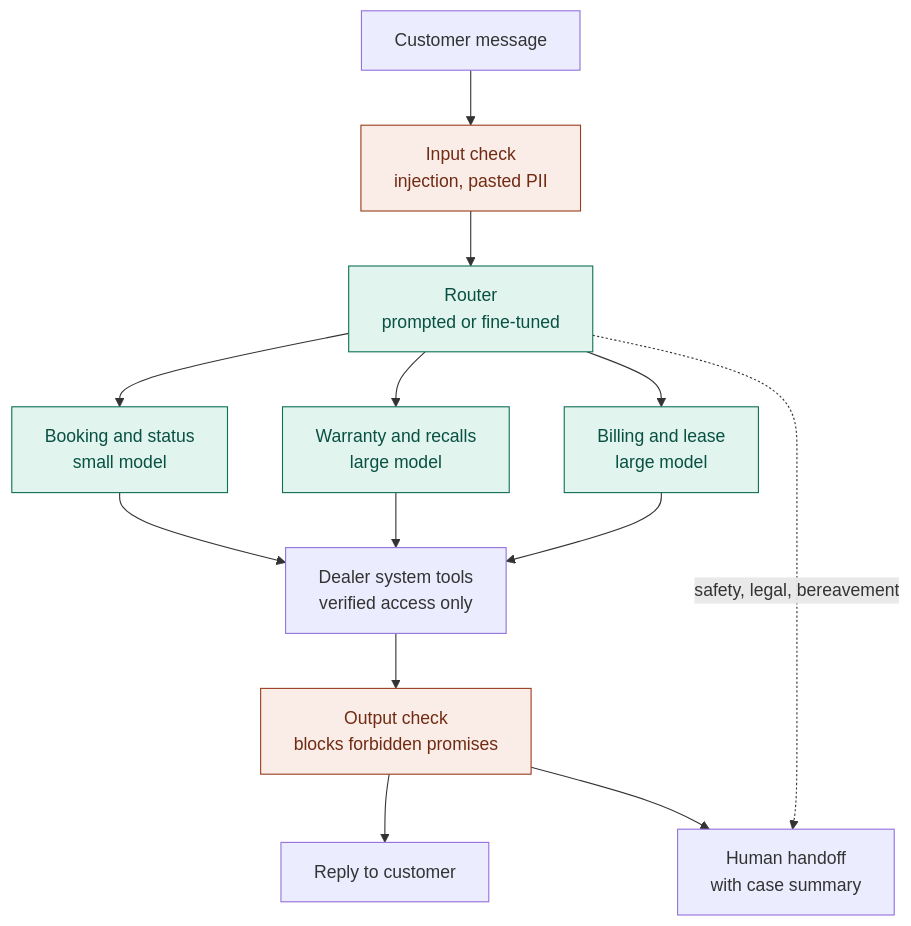
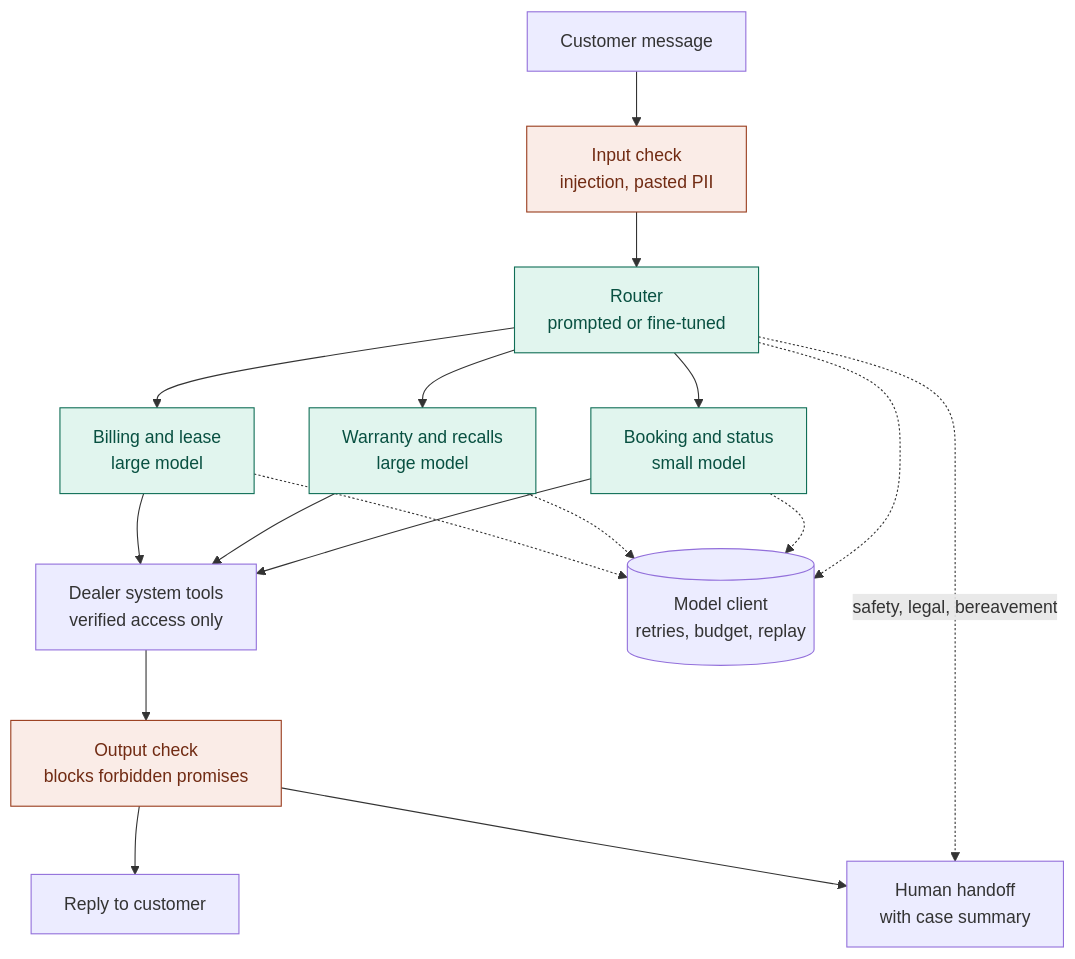
Before and after one commit to Salikawtar/northstar-agent: the diagram in docs/architecture.md, drawn with Mermaid. The commit also changed other lines of this file and 9 other files, not shown here.

````diff
--- a/docs/architecture.md
+++ b/docs/architecture.md
@@ -28,20 +28,25 @@
 ```mermaid
 flowchart TD
     A[Customer message] --> B[Input check<br/>injection, pasted PII]
     B --> C[Router<br/>prompted or fine-tuned]
     C --> D1[Booking and status<br/>small model]
     C --> D2[Warranty and recalls<br/>large model]
     C --> D3[Billing and lease<br/>large model]
     C -. safety, legal, bereavement .-> H
     D1 --> T[Dealer system tools<br/>verified access only]
     D2 --> T
     D3 --> T
     T --> E[Output check<br/>blocks forbidden promises]
     E --> R[Reply to customer]
     E --> H[Human handoff<br/>with case summary]
+    M[(Model client<br/>retries, budget, replay)]
+    C -.-> M
+    D1 -.-> M
+    D2 -.-> M
+    D3 -.-> M
 
     classDef safety fill:#FAECE7,stroke:#993C1D,color:#712B13;
     classDef model fill:#E1F5EE,stroke:#0F6E56,color:#085041;
     class B,E safety;
     class C,D1,D2,D3 model;
 ```
````
